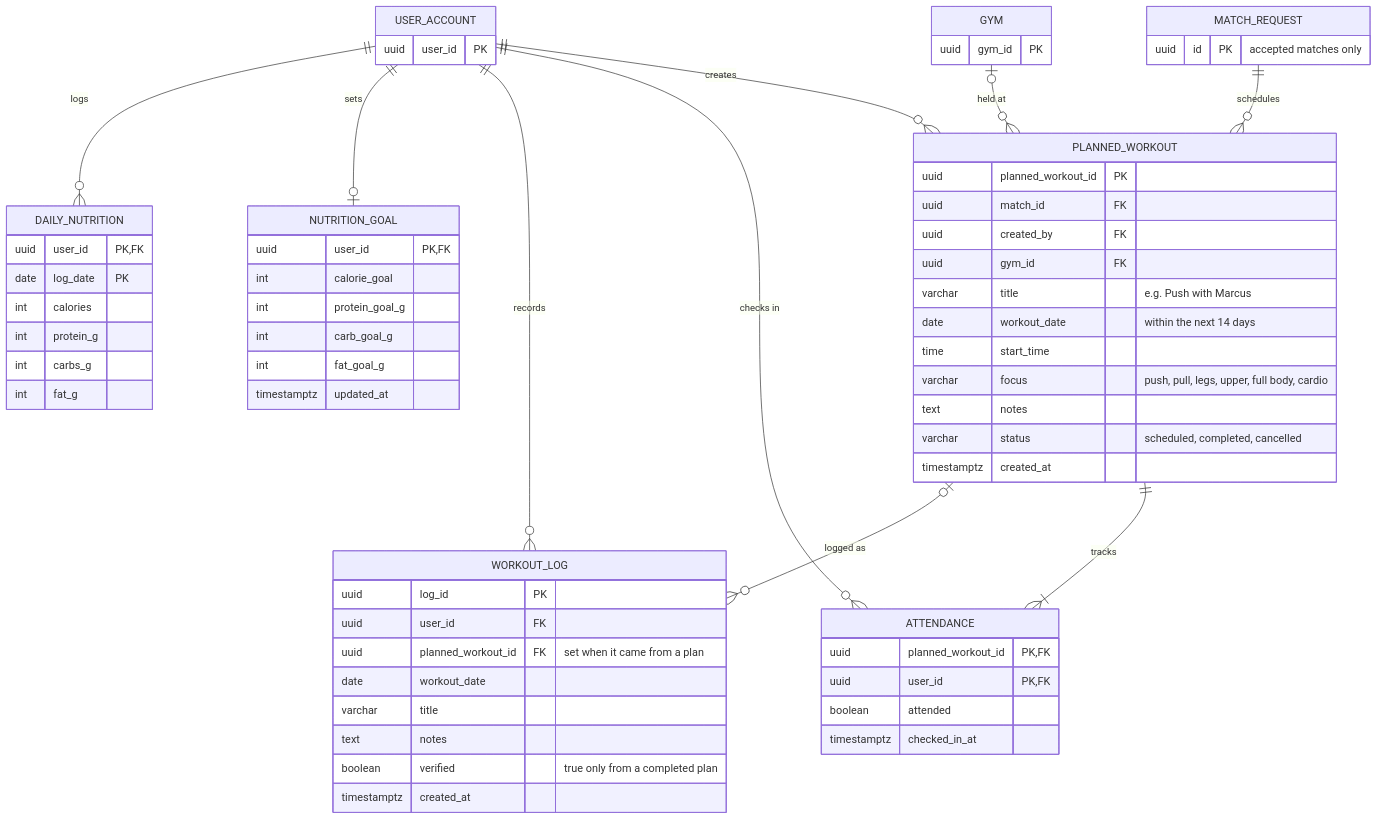
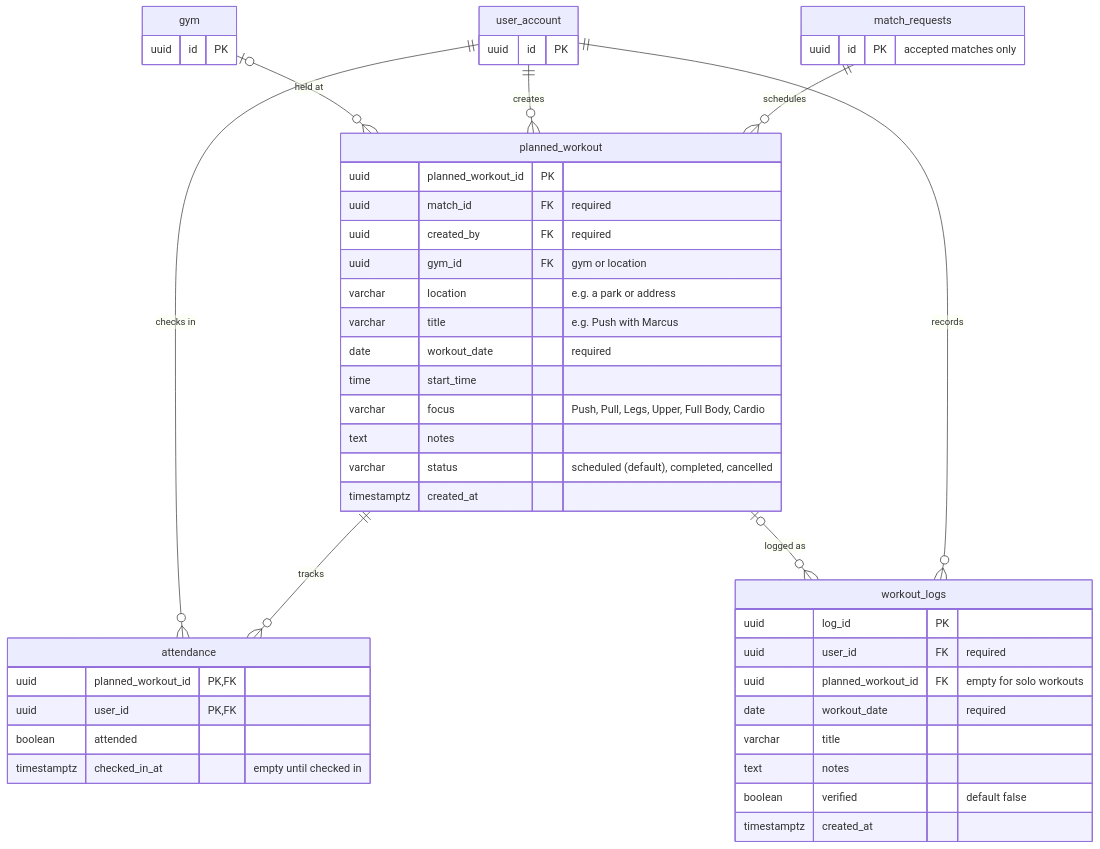
One commit to rehman20052/SwoleMates changed the third of 6 diagrams in docs/DATA_MODEL.md. Above: the diagram before and after it, drawn with Mermaid. The commit also changed other lines of this file, not shown here.

First line of the commit message:
Update DATA_MODEL.md to match the Supabase database as built.

````diff
--- a/docs/DATA_MODEL.md
+++ b/docs/DATA_MODEL.md
@@ -199,66 +171,49 @@
 ```mermaid
 erDiagram
-  USER_ACCOUNT {
-    uuid user_id PK
+  user_account {
+    uuid id PK
   }
-  MATCH_REQUEST {
+  match_requests {
     uuid id PK "accepted matches only"
   }
-  GYM {
-    uuid gym_id PK
+  gym {
+    uuid id PK
   }
-  PLANNED_WORKOUT {
+  planned_workout {
     uuid planned_workout_id PK
-    uuid match_id FK
-    uuid created_by FK
-    uuid gym_id FK
+    uuid match_id FK "required"
+    uuid created_by FK "required"
+    uuid gym_id FK "gym or location"
+    varchar location "e.g. a park or address"
     varchar title "e.g. Push with Marcus"
-    date workout_date "within the next 14 days"
+    date workout_date "required"
     time start_time
-    varchar focus "push, pull, legs, upper, full body, cardio"
+    varchar focus "Push, Pull, Legs, Upper, Full Body, Cardio"
     text notes
-    varchar status "scheduled, completed, cancelled"
+    varchar status "scheduled (default), completed, cancelled"
     timestamptz created_at
   }
-  ATTENDANCE {
+  attendance {
     uuid planned_workout_id PK, FK
     uuid user_id PK, FK
     boolean attended
-    timestamptz checked_in_at
+    timestamptz checked_in_at "empty until checked in"
   }
-  WORKOUT_LOG {
+  workout_logs {
     uuid log_id PK
-    uuid user_id FK
-    uuid planned_workout_id FK "set when it came from a plan"
-    date workout_date
+    uuid user_id FK "required"
+    uuid planned_workout_id FK "empty for solo workouts"
+    date workout_date "required"
     varchar title
     text notes
-    boolean verified "true only from a completed plan"
+    boolean verified "default false"
     timestamptz created_at
   }
-  NUTRITION_GOAL {
-    uuid user_id PK, FK
-    int calorie_goal
-    int protein_goal_g
-    int carb_goal_g
-    int fat_goal_g
-    timestamptz updated_at
-  }
-  DAILY_NUTRITION {
-    uuid user_id PK, FK
-    date log_date PK
-    int calories
-    int protein_g
-    int carbs_g
-    int fat_g
-  }
-  MATCH_REQUEST ||--o{ PLANNED_WORKOUT : schedules
-  USER_ACCOUNT ||--o{ PLANNED_WORKOUT : creates
-  GYM |o--o{ PLANNED_WORKOUT : "held at"
-  PLANNED_WORKOUT ||--|{ ATTENDANCE : tracks
-  USER_ACCOUNT ||--o{ ATTENDANCE : "checks in"
-  USER_ACCOUNT ||--o{ WORKOUT_LOG : records
-  PLANNED_WORKOUT |o--o{ WORKOUT_LOG : "logged as"
-  USER_ACCOUNT ||--o| NUTRITION_GOAL : sets
-  USER_ACCOUNT ||--o{ DAILY_NUTRITION : logs
+  match_requests ||--o{ planned_workout : schedules
+  user_account ||--o{ planned_workout : creates
+  gym |o--o{ planned_workout : "held at"
+  planned_workout ||--o{ attendance : tracks
+  user_account ||--o{ attendance : "checks in"
+  user_account ||--o{ workout_logs : records
+  planned_workout |o--o{ workout_logs : "logged as"
 ```
````
